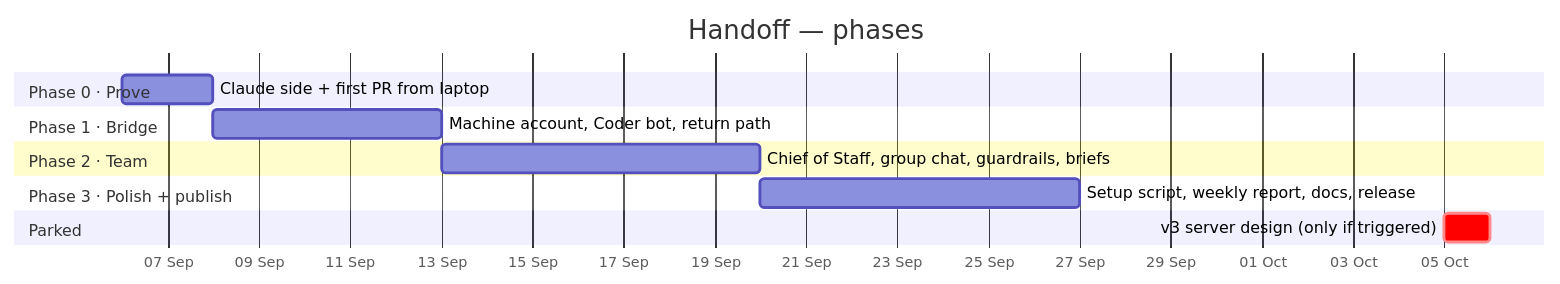
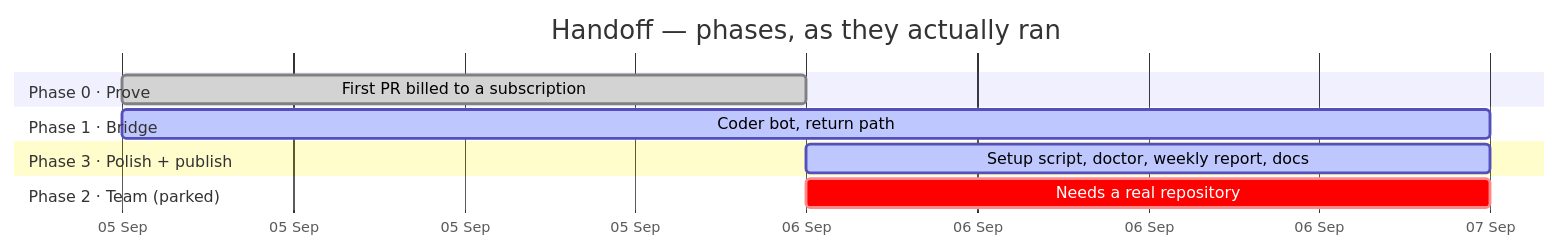
The diagram in docs/06-roadmap.md (mathew-builds/Handoff), drawn with Mermaid before and after one commit. The commit also changed other lines of this file and 13 other files, not shown here.

````diff
--- a/docs/06-roadmap.md
+++ b/docs/06-roadmap.md
@@ -3,16 +3,14 @@
 ```mermaid
 gantt
-    title Handoff — phases
+    title Handoff — phases, as they actually ran
     dateFormat  YYYY-MM-DD
     axisFormat  %d %b
     section Phase 0 · Prove
-    Claude side + first PR from laptop         :p0, 2026-09-06, 2d
+    First PR billed to a subscription  :done, p0, 2026-09-05, 1d
     section Phase 1 · Bridge
-    Machine account, Coder bot, return path    :p1, after p0, 5d
-    section Phase 2 · Team
-    Chief of Staff, group chat, guardrails, briefs :p2, after p1, 7d
+    Coder bot, return path             :active, p1, 2026-09-05, 2d
     section Phase 3 · Polish + publish
-    Setup script, weekly report, docs, release  :p3, after p2, 7d
-    section Parked
-    v3 server design (only if triggered)        :crit, 2026-10-05, 1d
+    Setup script, doctor, weekly report, docs :active, p3, 2026-09-06, 1d
+    section Phase 2 · Team (parked)
+    Needs a real repository            :crit, p2, 2026-09-06, 1d
 ```
````
